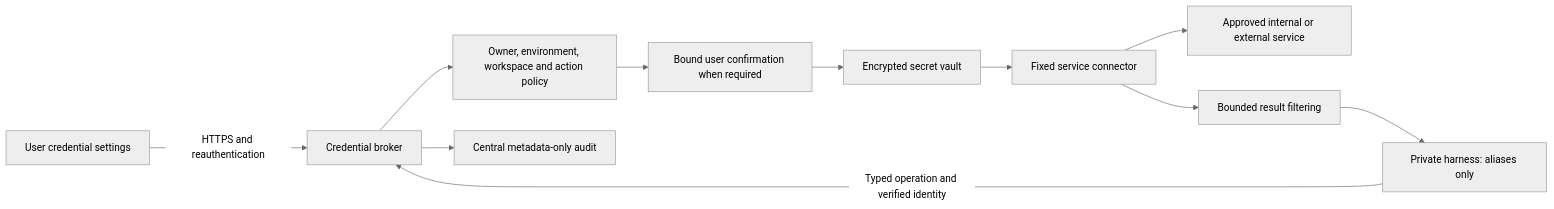
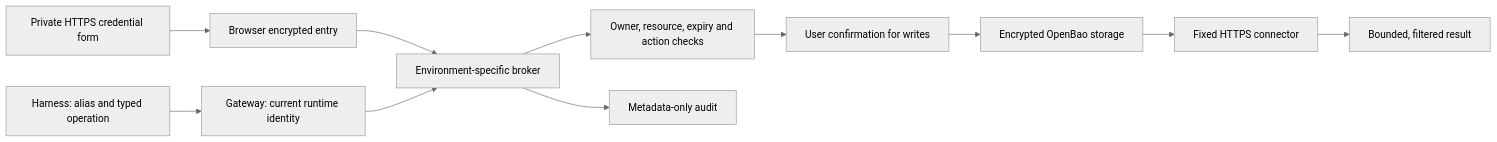
The diagram in docs/USER_CREDENTIAL_MANAGEMENT.md (skunpoj/dsh_setup), drawn with Mermaid (neutral theme) before and after one commit. The commit also changed other lines of this file and 32 other files, not shown here.

Commit message:
Deploy scoped per-user credential broker with encrypted entry and recovery

````diff
--- a/docs/USER_CREDENTIAL_MANAGEMENT.md
+++ b/docs/USER_CREDENTIAL_MANAGEMENT.md
@@ -15,13 +17,13 @@
 ```mermaid
 flowchart LR
-  U[User credential settings] -->|HTTPS and reauthentication| B[Credential broker]
-  H[Private harness: aliases only] -->|Typed operation and verified identity| B
-  B --> P[Owner, environment, workspace and action policy]
-  P --> A[Bound user confirmation when required]
-  A --> V[Encrypted secret vault]
-  V --> C[Fixed service connector]
-  C --> S[Approved internal or external service]
-  C --> R[Bounded result filtering]
-  R --> H
-  B --> L[Central metadata-only audit]
+ U[Private HTTPS credential form] --> E[Browser encrypted entry]
+ E --> B[Environment-specific broker]
+ H[Harness: alias and typed operation] --> G[Gateway: current runtime identity]
+ G --> B
+ B --> P[Owner, resource, expiry and action checks]
+ P --> C[User confirmation for writes]
+ C --> V[Encrypted OpenBao storage]
+ V --> D[Fixed HTTPS connector]
+ D --> R[Bounded, filtered result]
+ B --> A[Metadata-only audit]
 ```
````
